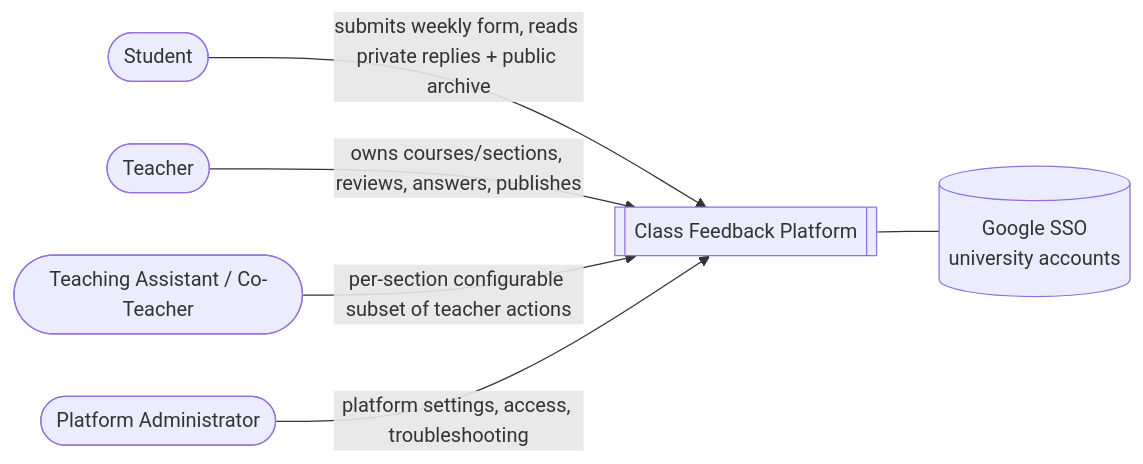
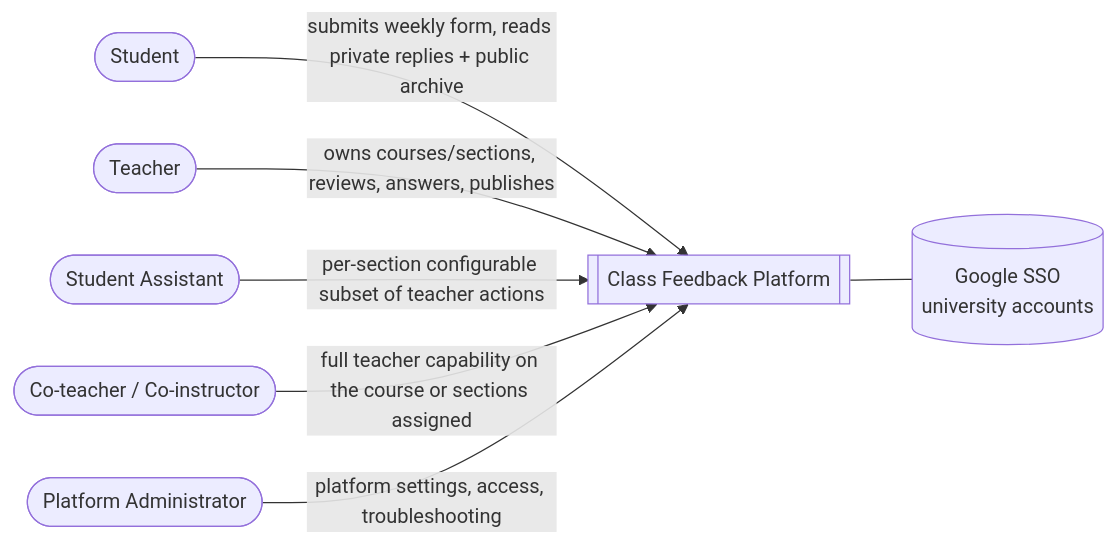
One commit to jarlericaa/dcs-class-feedback changed the first of 9 diagrams in AGENTS.md. Above: the diagram before and after it, drawn with Mermaid. The commit also changed other lines of this file and 34 other files, not shown here.

````diff
--- a/AGENTS.md
+++ b/AGENTS.md
@@ -63,15 +63,17 @@
 ```mermaid
 flowchart LR
   Student([Student])
   Teacher([Teacher])
-  TA([Teaching Assistant / Co-Teacher])
+  TA([Student Assistant])
+  Co([Co-teacher / Co-instructor])
   Admin([Platform Administrator])
   App[[Class Feedback Platform]]
   Google[("Google SSO<br/>university accounts")]
 
   Student -->|"submits weekly form, reads private replies + public archive"| App
   Teacher -->|"owns courses/sections, reviews, answers, publishes"| App
   TA -->|"per-section configurable subset of teacher actions"| App
+  Co -->|"full teacher capability on the course or sections assigned"| App
   Admin -->|"platform settings, access, troubleshooting"| App
   App --- Google
 ```
````
